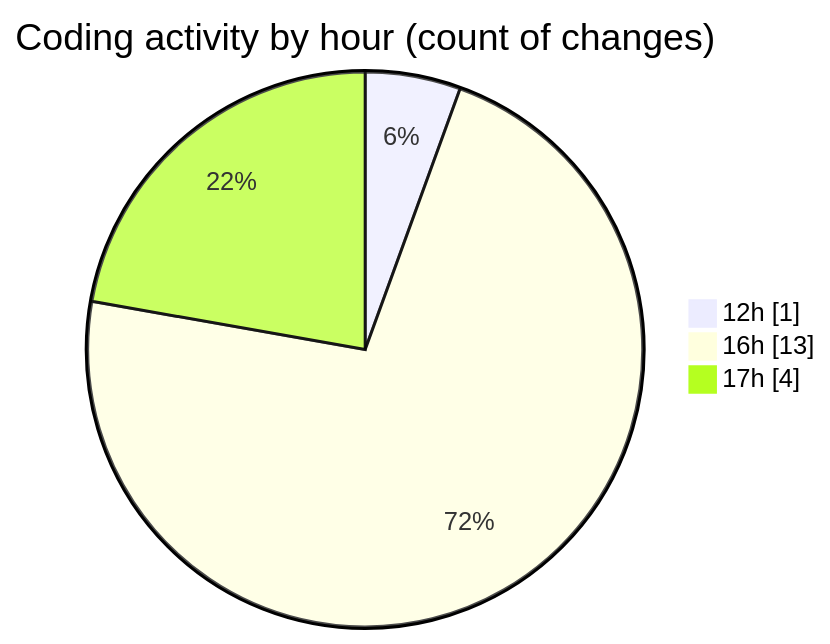
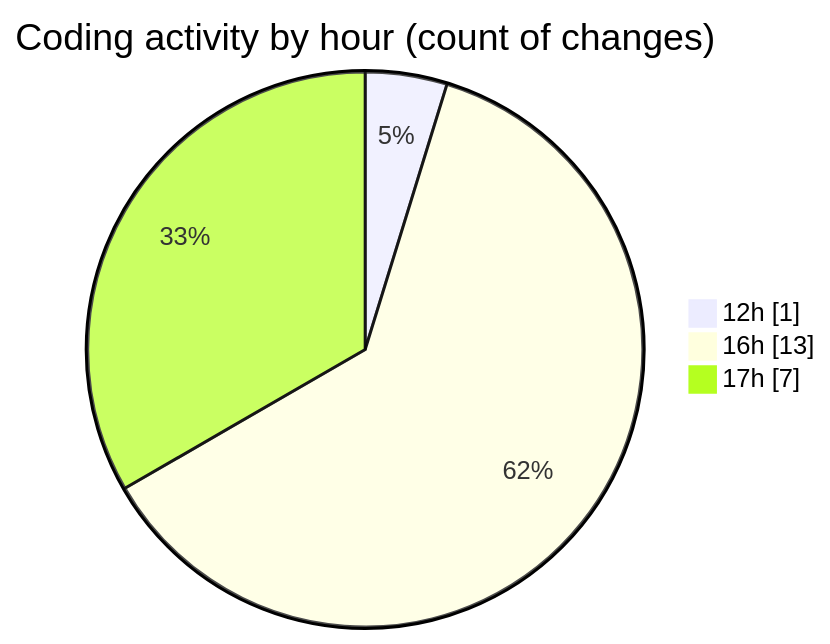
The second of 2 diagrams in 2025-02-22/elitegpt/README.md (Elitesun/code-tracking), drawn with Mermaid before and after one commit. The commit also changed other lines of this file and 1 other file, not shown here.

````diff
--- a/2025-02-22/elitegpt/README.md
+++ b/2025-02-22/elitegpt/README.md
@@ -37,7 +39,7 @@
 ```mermaid
 pie showData
 title Coding activity by hour (count of changes)
 "12h" : 1
 "16h" : 13
-"17h" : 4
+"17h" : 7
 ```
````
